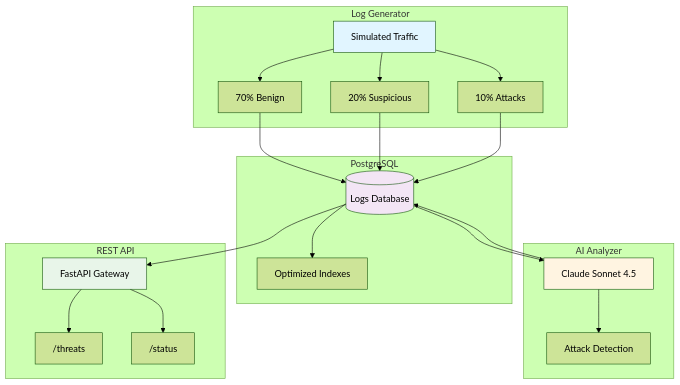
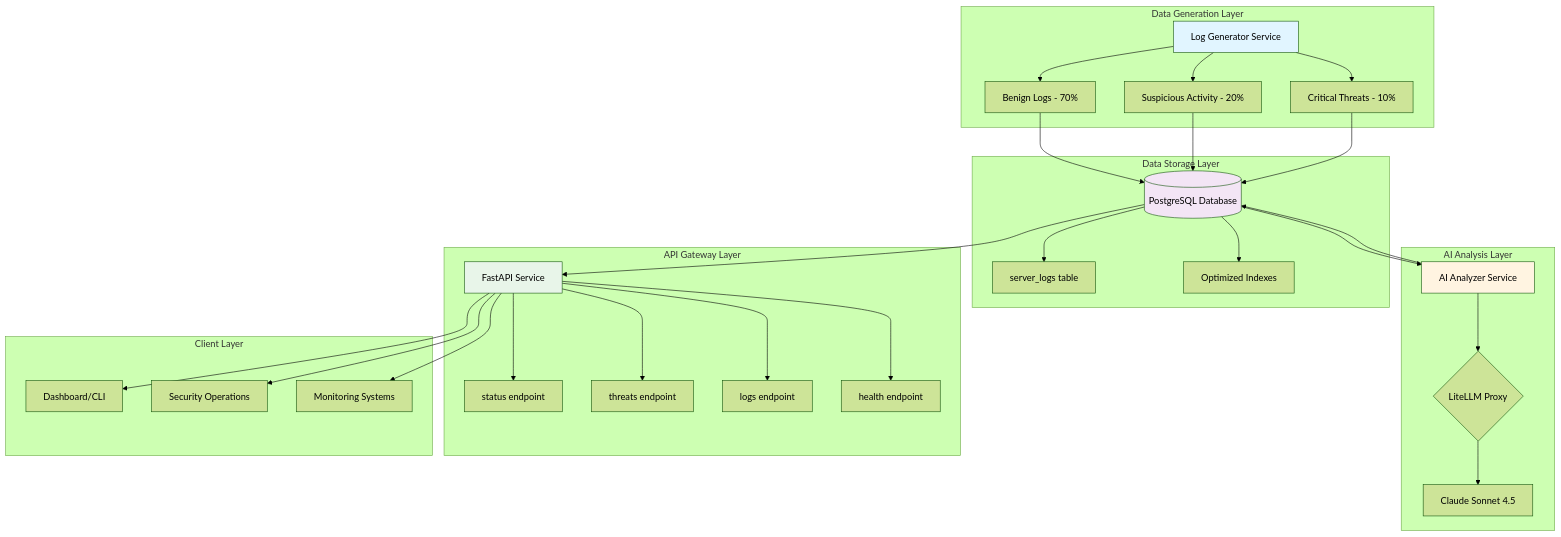
The diagram in README.md (adityabatra072/Aegis-AI), drawn with Mermaid (forest theme) before and after one commit.

Commit message:
docs: Restore detailed architecture diagram with all microservices layers

````diff
--- a/README.md
+++ b/README.md
@@ -68,44 +68,61 @@
 ```mermaid
 graph TB
-    subgraph Gen["Log Generator"]
-        A[Simulated Traffic]
-        A1["70% Benign"]
-        A2["20% Suspicious"]
-        A3["10% Attacks"]
+    subgraph Gen["Data Generation Layer"]
+        A[Log Generator Service]
+        A1["Benign Logs - 70%"]
+        A2["Suspicious Activity - 20%"]
+        A3["Critical Threats - 10%"]
         A --> A1
         A --> A2
         A --> A3
     end
 
-    subgraph DB["PostgreSQL"]
-        B[("Logs Database")]
-        B1[Optimized Indexes]
+    subgraph Store["Data Storage Layer"]
+        B[("PostgreSQL Database")]
+        B1[server_logs table]
+        B2[Optimized Indexes]
         B --> B1
+        B --> B2
     end
 
-    subgraph AI["AI Analyzer"]
-        C[Claude Sonnet 4.5]
-        C1["Attack Detection"]
+    subgraph AI["AI Analysis Layer"]
+        C[AI Analyzer Service]
+        C1{"LiteLLM Proxy"}
+        C2["Claude Sonnet 4.5"]
         C --> C1
+        C1 --> C2
     end
 
-    subgraph API["REST API"]
-        D[FastAPI Gateway]
-        D1["/threats"]
-        D2["/status"]
+    subgraph API["API Gateway Layer"]
+        D[FastAPI Service]
+        D1[status endpoint]
+        D2[threats endpoint]
+        D3[logs endpoint]
+        D4[health endpoint]
         D --> D1
         D --> D2
+        D --> D3
+        D --> D4
+    end
+
+    subgraph Client["Client Layer"]
+        E[Dashboard/CLI]
+        F[Security Operations]
+        G[Monitoring Systems]
     end
 
     A1 --> B
     A2 --> B
     A3 --> B
     B --> C
     C --> B
     B --> D
+    D --> E
+    D --> F
+    D --> G
 
     style A fill:#e1f5ff
     style C fill:#fff4e1
     style D fill:#e8f5e9
     style B fill:#f3e5f5
 ```
````
